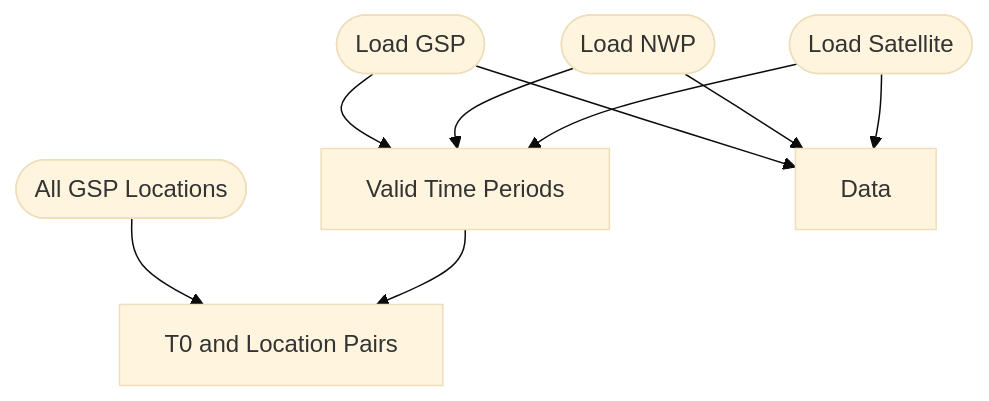
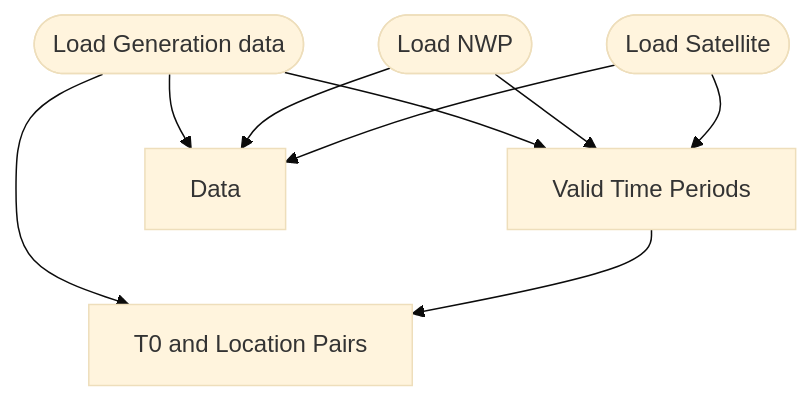
The first of 2 diagrams in ocf_data_sampler/torch_datasets/README.md (openclimatefix/ocf-data-sampler), drawn with Mermaid (base theme) before and after one commit. The commit also changed other lines of this file and 45 other files, not shown here.

First line of the commit message:
One torch dataset & target data schema (#375)

````diff
--- a/ocf_data_sampler/torch_datasets/README.md
+++ b/ocf_data_sampler/torch_datasets/README.md
@@ -21,16 +22,15 @@
 ```mermaid
 graph TD
-    A1([Load GSP])
+    A1([Load Generation data])
     A2([Load NWP])
     A3([Load Satellite])
-    D0([All GSP Locations])
     A1 --> D1
     A2 --> D1
     A3 --> D1
-    D0 --> D2
+    A1 --> D2
     A1 --> D3
     A2 --> D3
     A3 --> D3
     D1[Valid Time Periods] --> D2[T0 and Location Pairs]
     D3[Data]
 ```
````
